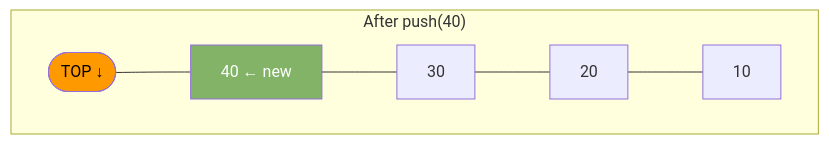
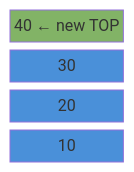
One commit to valarpirai/software-enginneering changed the second of 3 diagrams in docs/03-stack.md. Above: the diagram before and after it, drawn with Mermaid. The commit also changed other lines of this file, not shown here.

````diff
--- a/docs/03-stack.md
+++ b/docs/03-stack.md
@@ -36,13 +49,12 @@
 ```mermaid
-graph TB
-    subgraph "After push(40)"
-    T(["TOP ↓"])
-    N4["40  ← new"]
-    N3["30"]
-    N2["20"]
-    N1["10"]
-    T --- N4 --- N3 --- N2 --- N1
-    end
-    style T fill:#ff9900,color:#000
-    style N4 fill:#82b366,color:#fff
+block-beta
+  columns 1
+  A["40  ← new TOP"]:1
+  B["30"]:1
+  C["20"]:1
+  D["10"]:1
+  style A fill:#82b366,color:#fff
+  style B fill:#4a90d9,color:#fff
+  style C fill:#4a90d9,color:#fff
+  style D fill:#4a90d9,color:#fff
 ```
````
